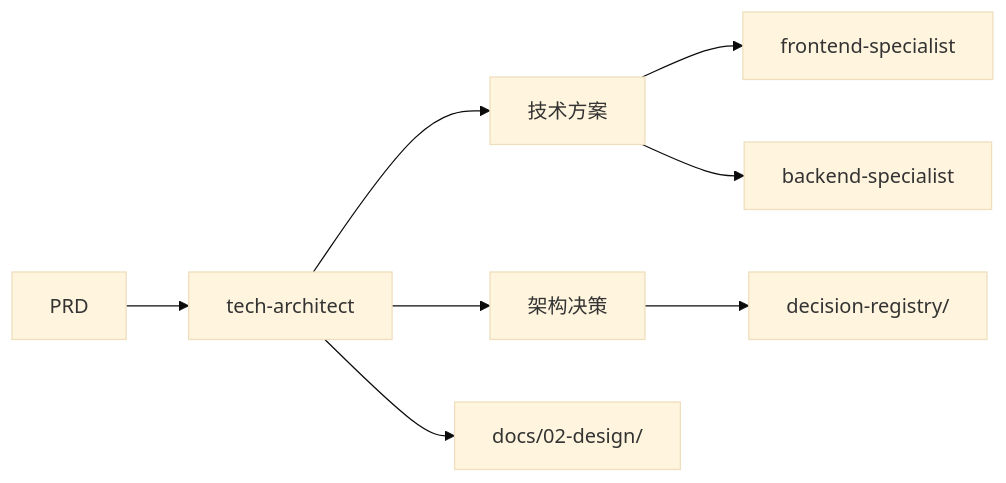
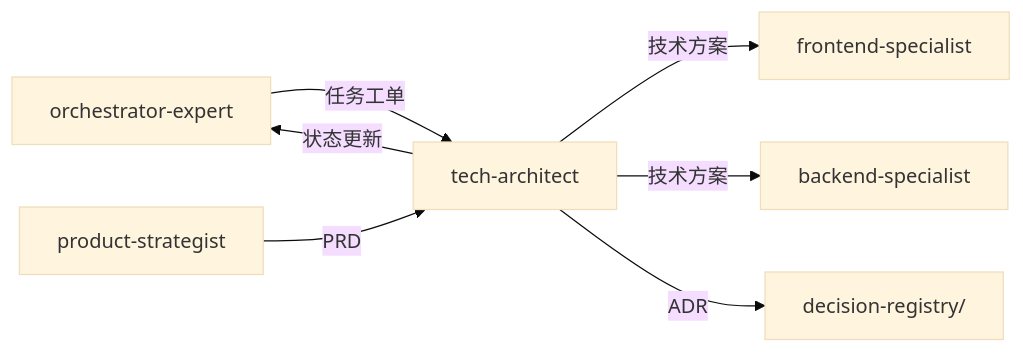
Before and after one commit to Tooooommy/Trae-Workflow: the diagram in skills/tech-architect/SKILL.md, drawn with Mermaid (base theme). The commit also changed other lines of this file, not shown here.

First line of the commit message:
refactor: adapt tech-architect to orchestrator-expert workflow

````diff
--- a/skills/tech-architect/SKILL.md
+++ b/skills/tech-architect/SKILL.md
@@ -196,10 +75,9 @@
 ```mermaid
 flowchart LR
-    A[PRD] --> B[tech-architect]
-    B --> C[技术方案]
-    B --> D[架构决策]
-    C --> E[frontend-specialist]
-    C --> F[backend-specialist]
-    D --> G[decision-registry/]
-    B --> H[docs/02-design/]
+    A[orchestrator-expert] -->|任务工单| B[tech-architect]
+    C[product-strategist] -->|PRD| B
+    B -->|技术方案| D[frontend-specialist]
+    B -->|技术方案| E[backend-specialist]
+    B -->|ADR| F[decision-registry/]
+    B -->|状态更新| A
 ```
````
